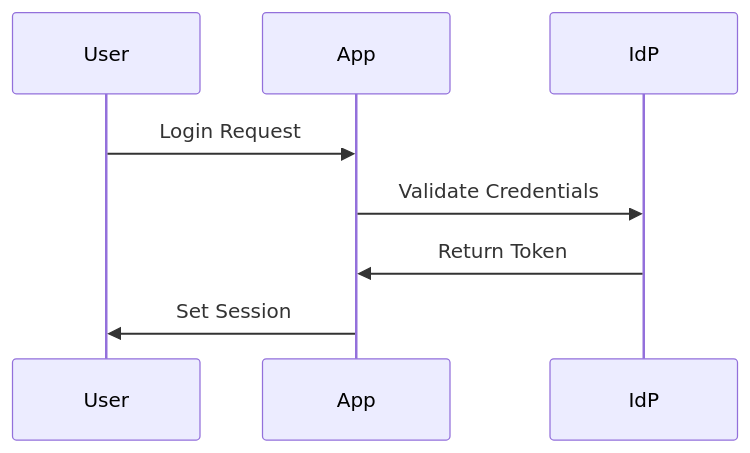
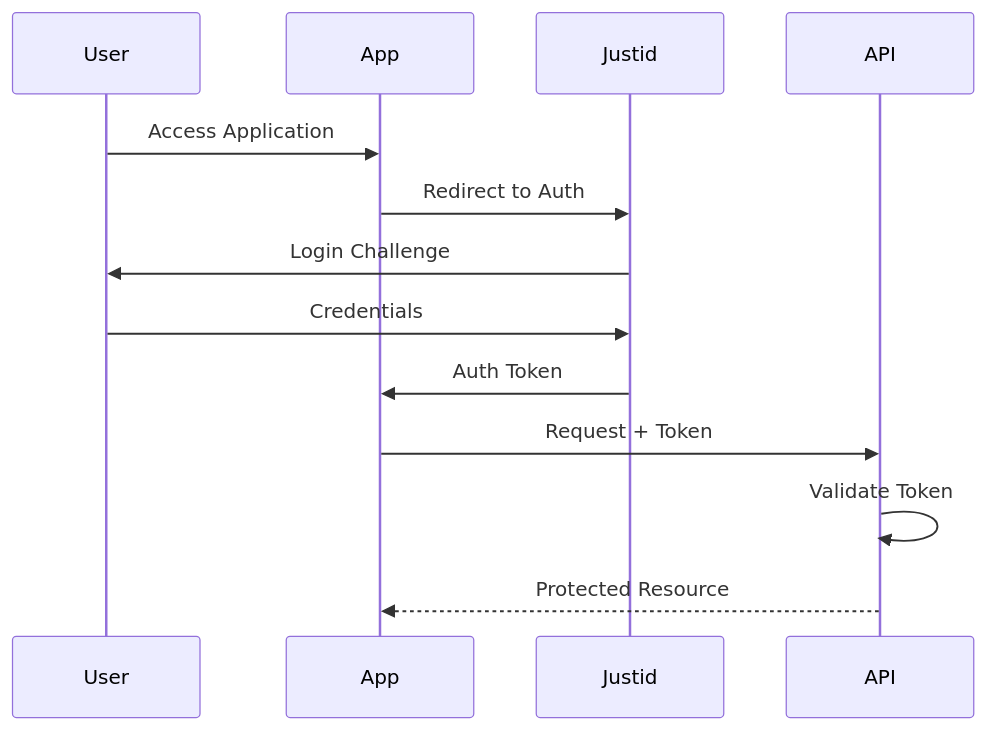
Before and after one commit to Chris-Lehnen-ICT-CONSULTING/Definitie-app-zakelijk: the ninth of 12 diagrams in docs/architectuur/templates/SOLUTION_ARCHITECTURE_TEMPLATE.md, drawn with Mermaid. The commit also changed other lines of this file and 130 other files, not shown here.

First line of the commit message:
refactor: consolidate 89 architecture documents into 3 canonical documents

````diff
--- a/docs/architectuur/templates/SOLUTION_ARCHITECTURE_TEMPLATE.md
+++ b/docs/architectuur/templates/SOLUTION_ARCHITECTURE_TEMPLATE.md
@@ -216,7 +500,16 @@
 ```mermaid
 sequenceDiagram
-    User->>App: Login Request
-    App->>IdP: Validate Credentials
-    IdP->>App: Return Token
-    App->>User: Set Session
+    participant User
+    participant App
+    participant Justid
+    participant API
+
+    User->>App: Access Application
+    App->>Justid: Redirect to Auth
+    Justid->>User: Login Challenge
+    User->>Justid: Credentials
+    Justid->>App: Auth Token
+    App->>API: Request + Token
+    API->>API: Validate Token
+    API-->>App: Protected Resource
 ```
````
